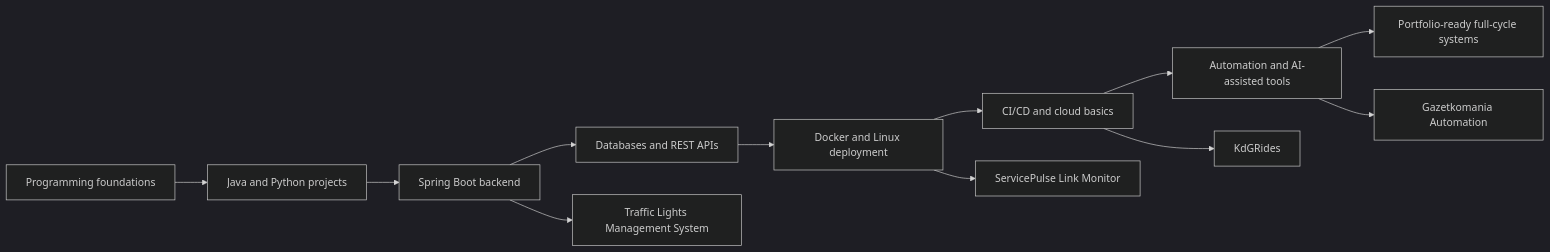
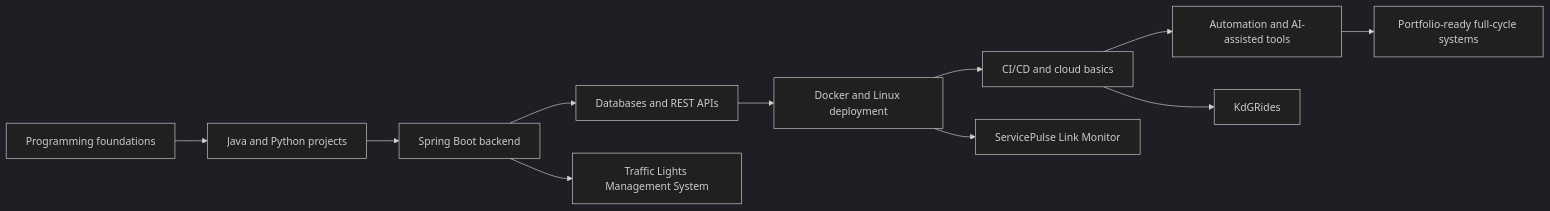
One commit to Nister37/Nister37 changed the first of 3 diagrams in README.md. Above: the diagram before and after it, drawn with Mermaid (dark theme).

````diff
--- a/README.md
+++ b/README.md
@@ -53,15 +53,14 @@
 ```mermaid
 flowchart LR
     A[Programming foundations] --> B[Java and Python projects]
     B --> C[Spring Boot backend]
     C --> D[Databases and REST APIs]
     D --> E[Docker and Linux deployment]
     E --> F[CI/CD and cloud basics]
     F --> G[Automation and AI-assisted tools]
     G --> H[Portfolio-ready full-cycle systems]
 
     C --> P1[Traffic Lights Management System]
     E --> P2[ServicePulse Link Monitor]
     F --> P3[KdGRides]
-    G --> P4[Gazetkomania Automation]
 ```
````
